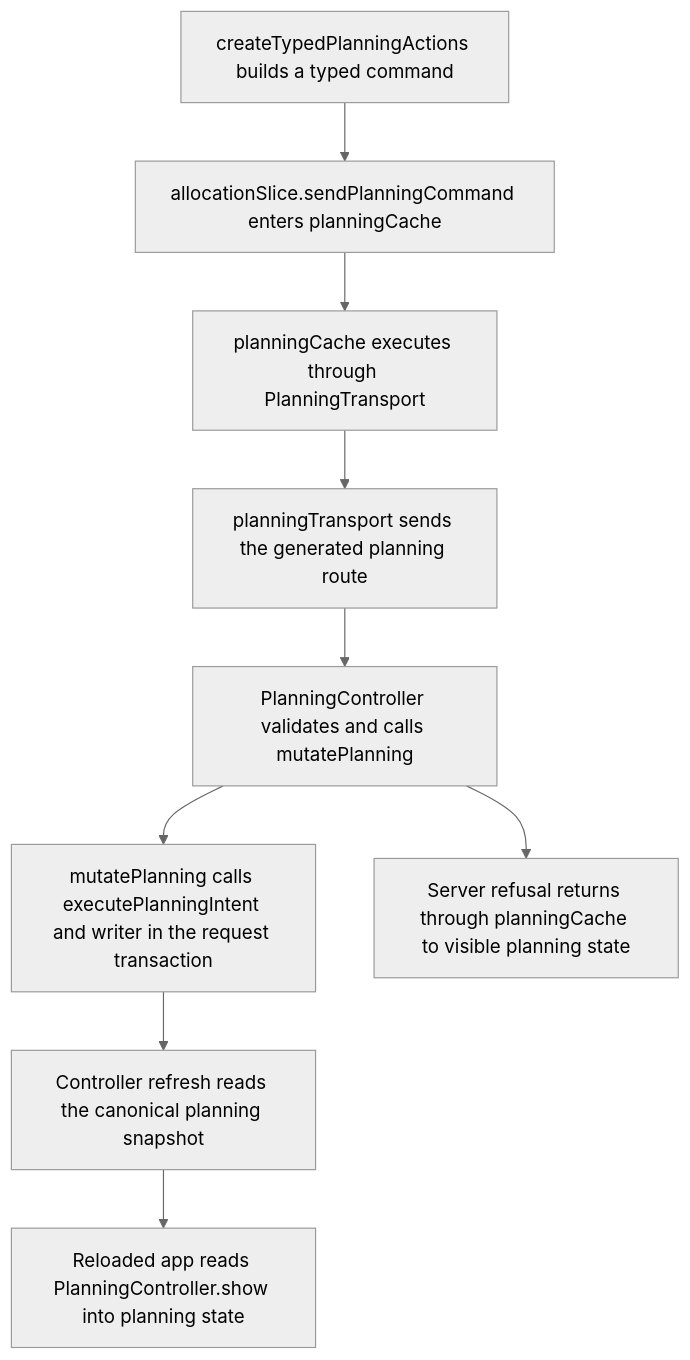
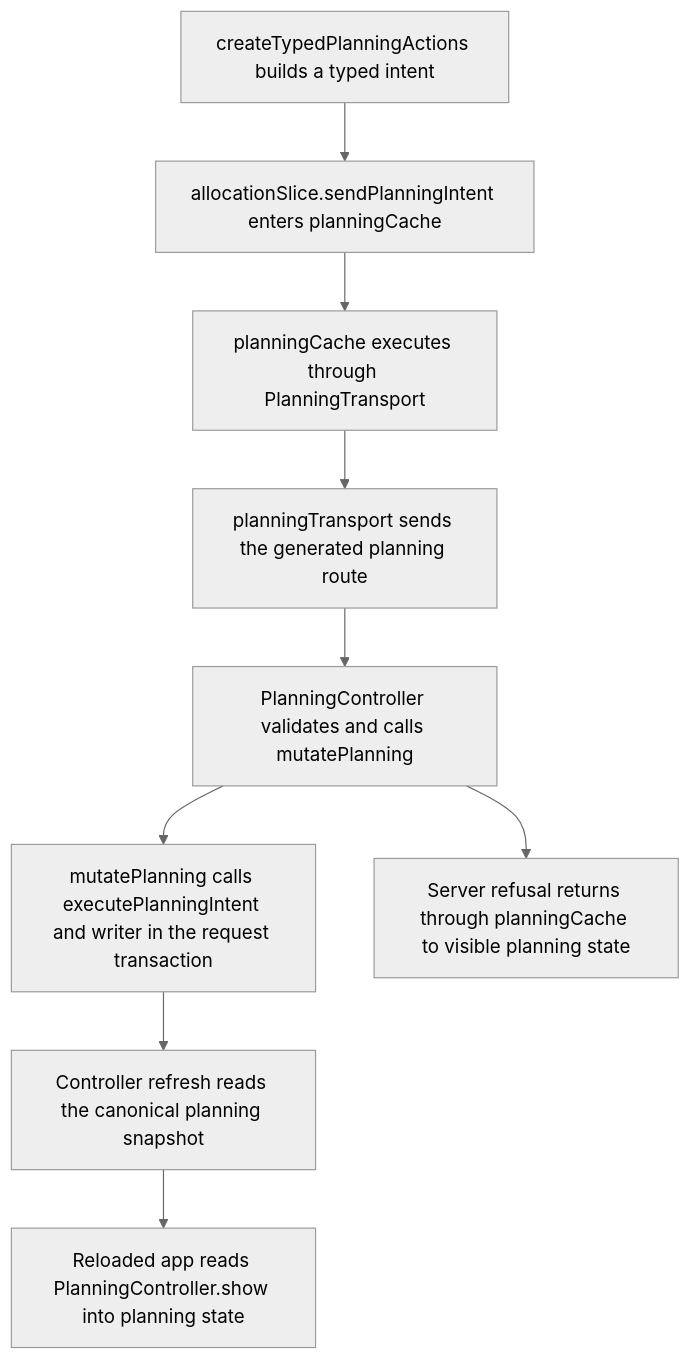
Before and after one commit to Kevinjohn/capacitylens: the second of 2 diagrams in user-stories/data/US-DAT-05-persist-reload.md, drawn with Mermaid (neutral theme). The commit also changed 55 other files, not shown here.

First line of the commit message:
Planning intent: rename planning commands to intents

````diff
--- a/user-stories/data/US-DAT-05-persist-reload.md
+++ b/user-stories/data/US-DAT-05-persist-reload.md
@@ -28,11 +28,11 @@
 ```mermaid
 flowchart TD
-  action["createTypedPlanningActions builds a typed command"] --> slice["allocationSlice.sendPlanningCommand enters planningCache"]
+  action["createTypedPlanningActions builds a typed intent"] --> slice["allocationSlice.sendPlanningIntent enters planningCache"]
   slice --> controller["planningCache executes through PlanningTransport"]
   controller --> transport["planningTransport sends the generated planning route"]
   transport --> endpoint["PlanningController validates and calls mutatePlanning"]
   endpoint --> persist["mutatePlanning calls executePlanningIntent and writer in the request transaction"]
   persist --> refresh["Controller refresh reads the canonical planning snapshot"]
   refresh --> reload["Reloaded app reads PlanningController.show into planning state"]
   endpoint --> refusal["Server refusal returns through planningCache to visible planning state"]
 ```
````
